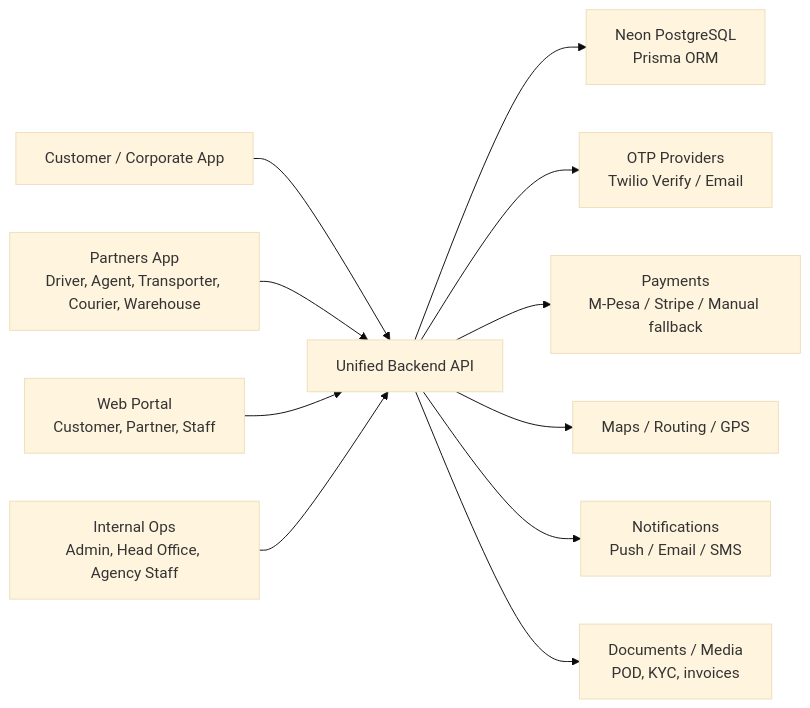
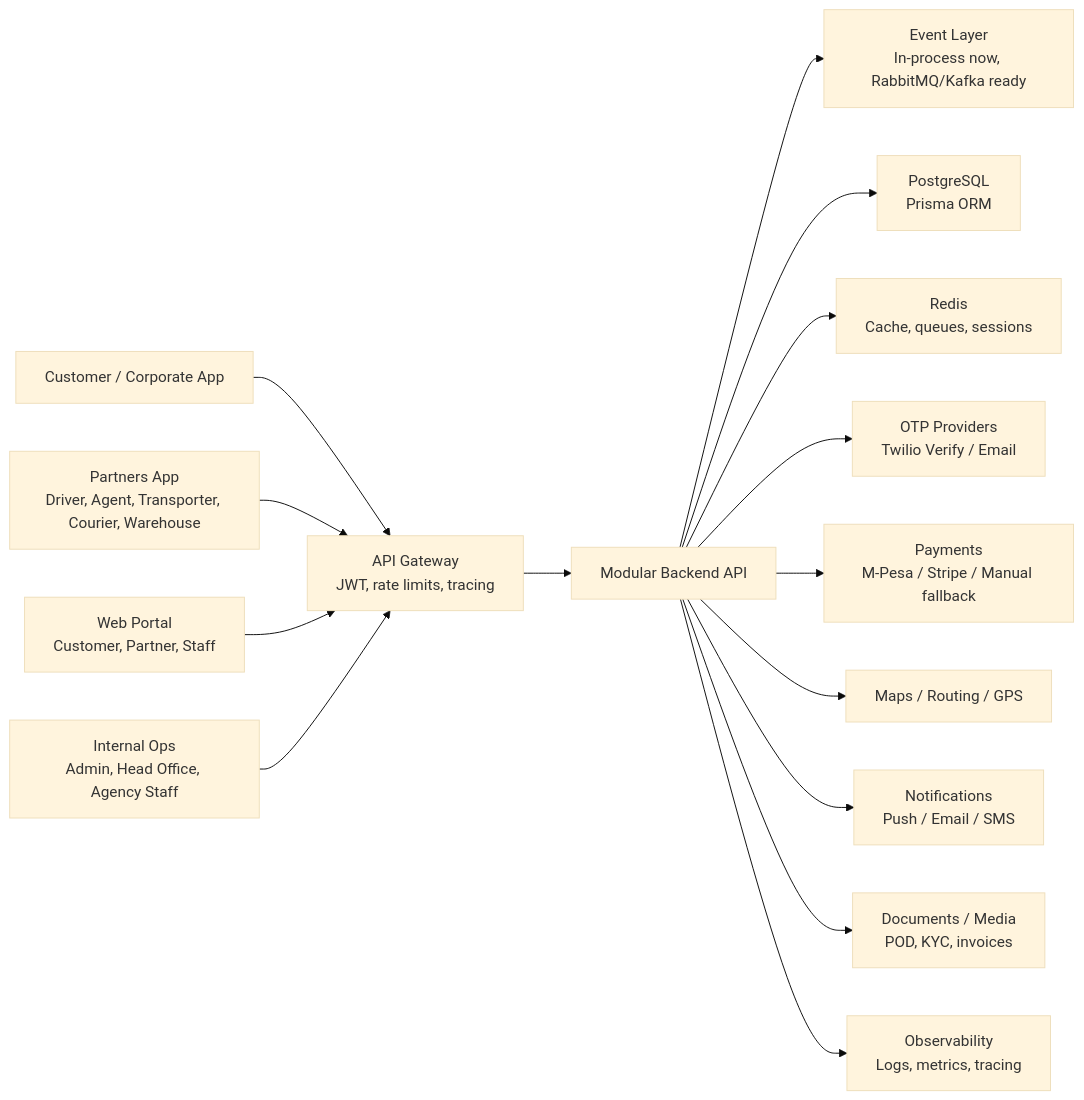
The first of 4 diagrams in docs/architecture/HIGH_LEVEL_ARCHITECTURE.md (DevyanshuNegi/zito-logistics-platform), drawn with Mermaid (base theme) before and after one commit. The commit also changed other lines of this file and 285 other files, not shown here.

````diff
--- a/docs/architecture/HIGH_LEVEL_ARCHITECTURE.md
+++ b/docs/architecture/HIGH_LEVEL_ARCHITECTURE.md
@@ -14,13 +14,17 @@
 ```mermaid
 flowchart LR
-  C["Customer / Corporate App"] --> API["Unified Backend API"]
-  P["Partners App\nDriver, Agent, Transporter, Courier, Warehouse"] --> API
-  W["Web Portal\nCustomer, Partner, Staff"] --> API
-  I["Internal Ops\nAdmin, Head Office, Agency Staff"] --> API
-  API --> DB["Neon PostgreSQL\nPrisma ORM"]
+  C["Customer / Corporate App"] --> GW["API Gateway\nJWT, rate limits, tracing"]
+  P["Partners App\nDriver, Agent, Transporter, Courier, Warehouse"] --> GW
+  W["Web Portal\nCustomer, Partner, Staff"] --> GW
+  I["Internal Ops\nAdmin, Head Office, Agency Staff"] --> GW
+  GW --> API["Modular Backend API"]
+  API --> EVT["Event Layer\nIn-process now, RabbitMQ/Kafka ready"]
+  API --> DB["PostgreSQL\nPrisma ORM"]
+  API --> CACHE["Redis\nCache, queues, sessions"]
   API --> OTP["OTP Providers\nTwilio Verify / Email"]
   API --> PAY["Payments\nM-Pesa / Stripe / Manual fallback"]
   API --> MAP["Maps / Routing / GPS"]
   API --> NOTIF["Notifications\nPush / Email / SMS"]
   API --> FILES["Documents / Media\nPOD, KYC, invoices"]
+  API --> OBS["Observability\nLogs, metrics, tracing"]
 ```
````
